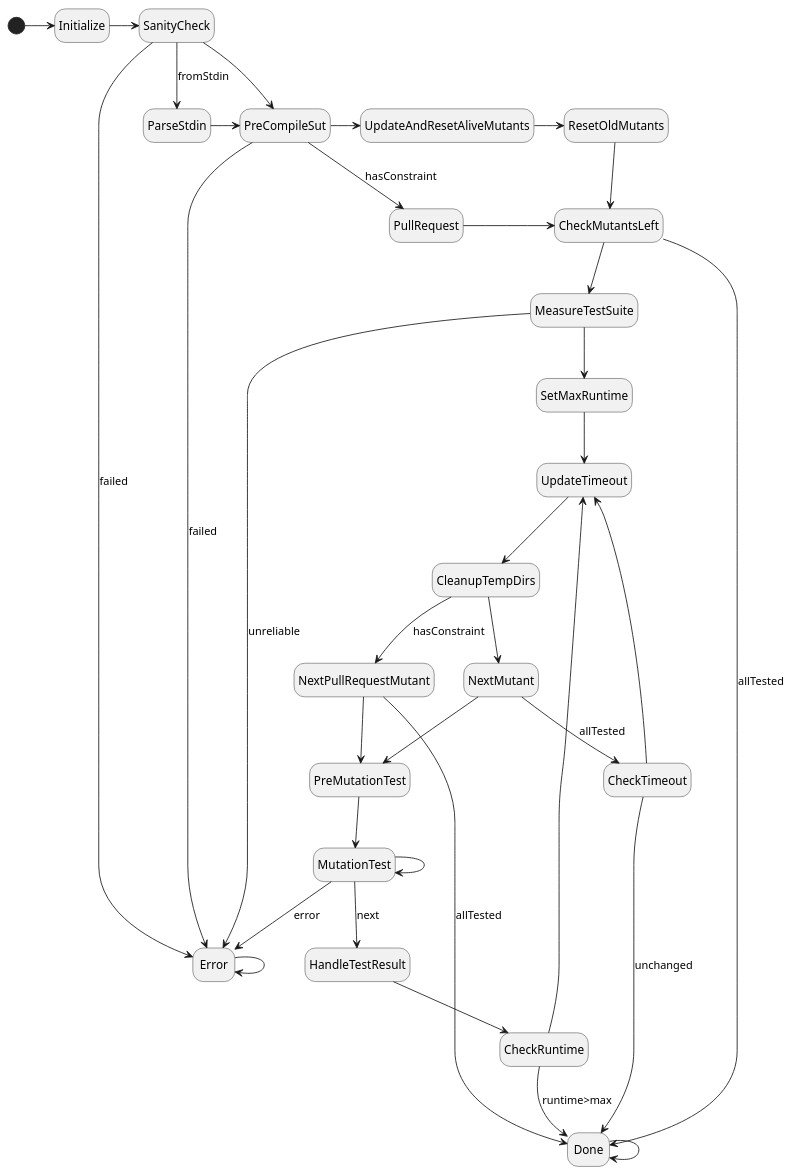
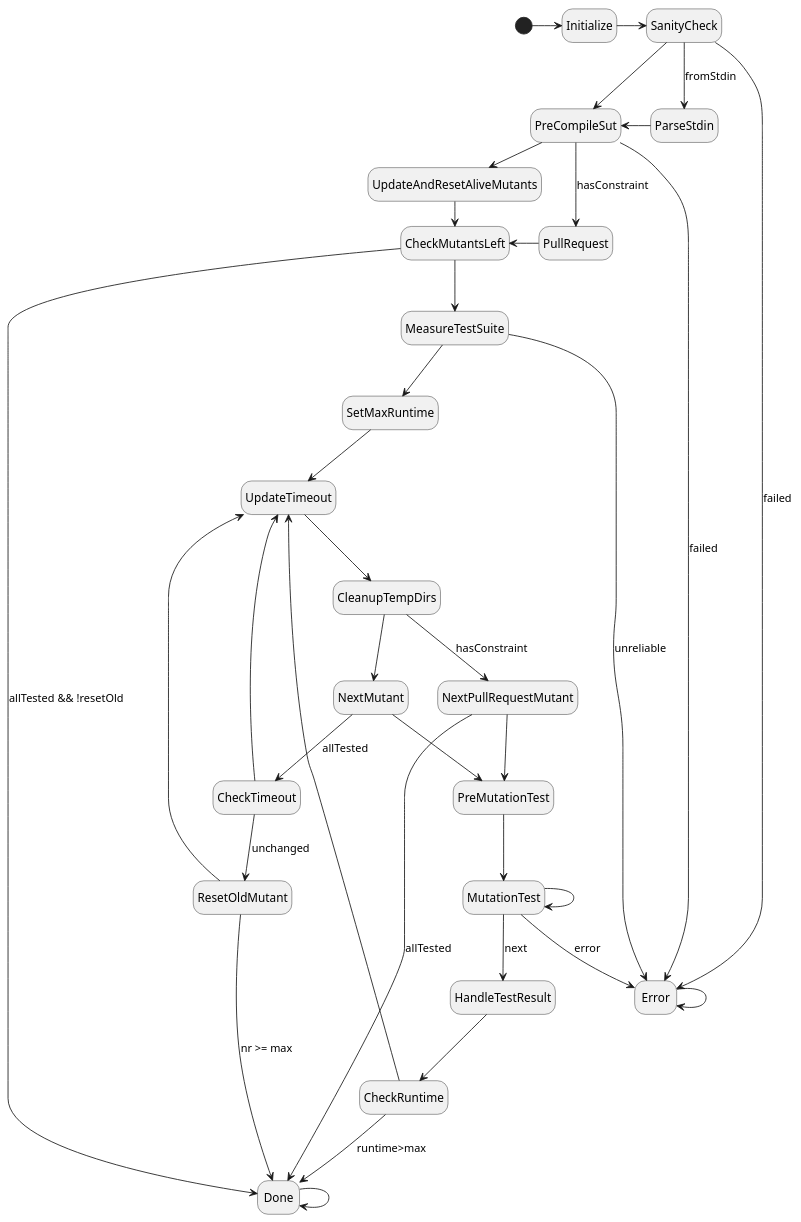
The diagram in plugin/mutate/doc/design/figures/test_mutant_fsm.pu (joakim-brannstrom/dextool), drawn with PlantUML before and after one commit. The commit also changed 1 other file, not shown here.

Commit message:
mutate: only reset and test old mutants if there are any runtime left

```diff
--- a/plugin/mutate/doc/design/figures/test_mutant_fsm.pu
+++ b/plugin/mutate/doc/design/figures/test_mutant_fsm.pu
@@ -1,60 +1,61 @@
 @startuml
 hide empty description
 
 [*] -> Initialize
 
 Initialize -> SanityCheck
 
 SanityCheck --> Error : failed
 SanityCheck --> ParseStdin : fromStdin
 SanityCheck -> PreCompileSut
 
 ParseStdin -> PreCompileSut
 
 PreCompileSut --> Error : failed
 PreCompileSut -> UpdateAndResetAliveMutants
 PreCompileSut --> PullRequest : hasConstraint
 
 PullRequest -> CheckMutantsLeft
 
-UpdateAndResetAliveMutants -> ResetOldMutants
-
-ResetOldMutants --> CheckMutantsLeft
+UpdateAndResetAliveMutants -> CheckMutantsLeft
 
 UpdateTimeout --> CleanupTempDirs
 
 CleanupTempDirs --> NextMutant
 CleanupTempDirs --> NextPullRequestMutant : hasConstraint
 
-CheckMutantsLeft --> Done : allTested
+CheckMutantsLeft --> Done : allTested && !resetOld
 CheckMutantsLeft --> MeasureTestSuite
 
 MeasureTestSuite --> Error : unreliable
 MeasureTestSuite --> SetMaxRuntime
 
 SetMaxRuntime --> UpdateTimeout
 
 CheckRuntime --> UpdateTimeout
 CheckRuntime --> Done : runtime>max
 
 NextMutant --> CheckTimeout : allTested
 NextMutant --> PreMutationTest
 
 NextPullRequestMutant --> PreMutationTest
 NextPullRequestMutant --> Done : allTested
 
 PreMutationTest --> MutationTest
 
 MutationTest --> HandleTestResult : next
 MutationTest --> Error : error
 MutationTest --> MutationTest
 
 HandleTestResult --> CheckRuntime
 
-CheckTimeout --> Done : unchanged
+CheckTimeout --> ResetOldMutant : unchanged
 CheckTimeout --> UpdateTimeout
+
+ResetOldMutant --> UpdateTimeout
+ResetOldMutant --> Done : nr >= max
 
 Done --> Done
 
 Error --> Error
 @enduml
```
